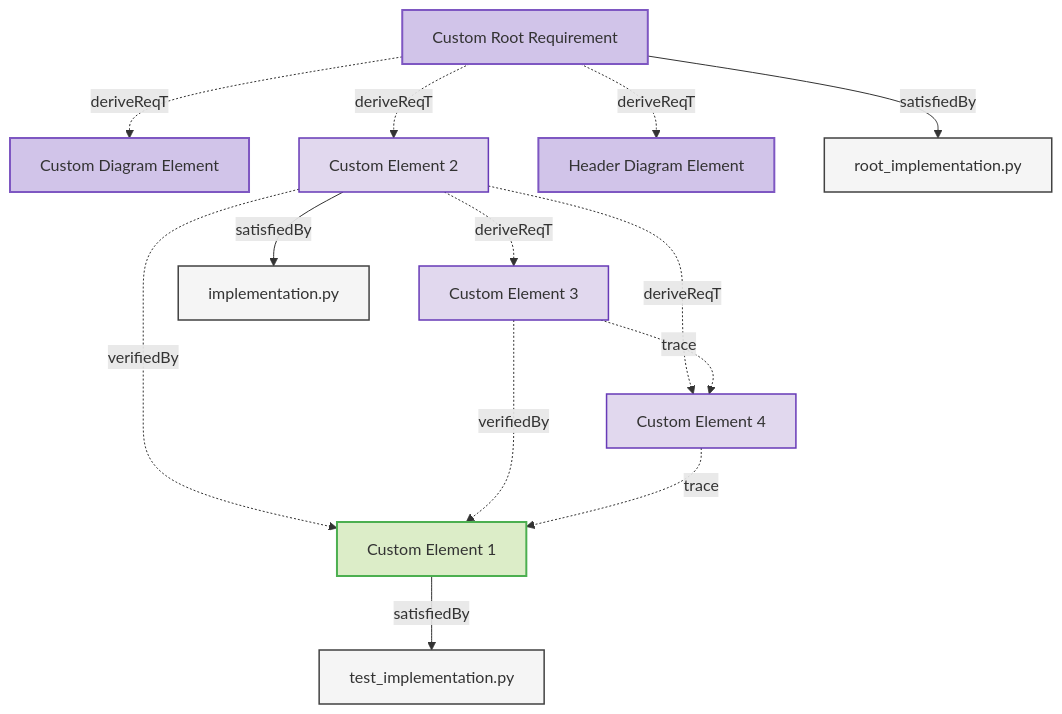
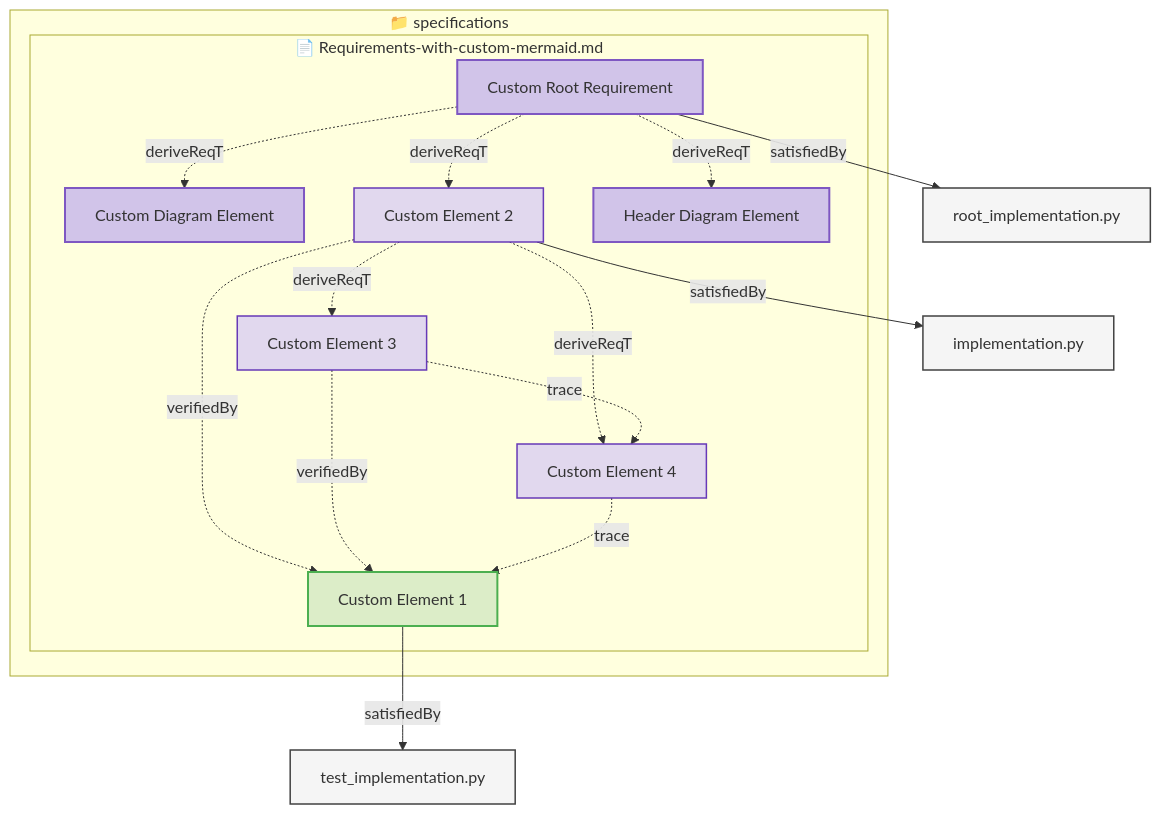
The first of 5 diagrams in tests/test-diagram-generation/expected/Requirements-with-custom-mermaid.md (reqvire-org/reqvire), drawn with Mermaid before and after one commit. The commit also changed 16 other files, not shown here.

First line of the commit message:
Add containment structure to all mermaid diagrams

````diff
--- a/tests/test-diagram-generation/expected/Requirements-with-custom-mermaid.md
+++ b/tests/test-diagram-generation/expected/Requirements-with-custom-mermaid.md
@@ -3,52 +3,58 @@
 ```mermaid
 graph TD;
   %% REQVIRE-AUTOGENERATED-DIAGRAM
   %% Graph styling
   classDef userRequirement fill:#D1C4E9,stroke:#7E57C2,stroke-width:2px;
   classDef systemRequirement fill:#E1D8EE,stroke:#673AB7,stroke-width:1.5px;
   classDef verification fill:#DCEDC8,stroke:#4CAF50,stroke-width:2px;
+  classDef folder fill:#FAFAFA,stroke:#9E9E9E,stroke-width:3px;
+  classDef file fill:#FFF8E1,stroke:#FFCA28,stroke-width:2px;
   classDef default fill:#F5F5F5,stroke:#424242,stroke-width:1.5px;
 
-  7f9c1e7173ffa6cd["Custom Diagram Element"];
-  class 7f9c1e7173ffa6cd userRequirement;
-  click 7f9c1e7173ffa6cd "Requirements-with-custom-mermaid.md#custom-diagram-element";
-  2ddf19e92cba4fd8["Custom Element 1"];
-  class 2ddf19e92cba4fd8 verification;
-  click 2ddf19e92cba4fd8 "Requirements-with-custom-mermaid.md#custom-element-1";
+  subgraph b4c308bac4df6d65["📁 specifications"]
+    subgraph 30cd6365b37d26b6["📄 Requirements-with-custom-mermaid.md"]
+      7f9c1e7173ffa6cd["Custom Diagram Element"];
+      class 7f9c1e7173ffa6cd userRequirement;
+      click 7f9c1e7173ffa6cd "Requirements-with-custom-mermaid.md#custom-diagram-element";
+      2ddf19e92cba4fd8["Custom Element 1"];
+      class 2ddf19e92cba4fd8 verification;
+      click 2ddf19e92cba4fd8 "Requirements-with-custom-mermaid.md#custom-element-1";
+      22555f0ea2206f97["Custom Element 2"];
+      class 22555f0ea2206f97 systemRequirement;
+      click 22555f0ea2206f97 "Requirements-with-custom-mermaid.md#custom-element-2";
+      d0d89d577afe6502["Custom Element 3"];
+      class d0d89d577afe6502 systemRequirement;
+      click d0d89d577afe6502 "Requirements-with-custom-mermaid.md#custom-element-3";
+      c54ee27cf06484c1["Custom Element 4"];
+      class c54ee27cf06484c1 systemRequirement;
+      click c54ee27cf06484c1 "Requirements-with-custom-mermaid.md#custom-element-4";
+      64ee5762bcf600a6["Custom Root Requirement"];
+      class 64ee5762bcf600a6 userRequirement;
+      click 64ee5762bcf600a6 "Requirements-with-custom-mermaid.md#custom-root-requirement";
+      85d7d6531ca31fdb["Header Diagram Element"];
+      class 85d7d6531ca31fdb userRequirement;
+      click 85d7d6531ca31fdb "Requirements-with-custom-mermaid.md#header-diagram-element";
+    end
+  end
   b11981fdaee8984c["test_implementation.py"];
   class b11981fdaee8984c default;
   click b11981fdaee8984c "test_implementation.py";
   2ddf19e92cba4fd8 -->|satisfiedBy| b11981fdaee8984c;
-  22555f0ea2206f97["Custom Element 2"];
-  class 22555f0ea2206f97 systemRequirement;
-  click 22555f0ea2206f97 "Requirements-with-custom-mermaid.md#custom-element-2";
-  d0d89d577afe6502["Custom Element 3"];
-  class d0d89d577afe6502 systemRequirement;
-  click d0d89d577afe6502 "Requirements-with-custom-mermaid.md#custom-element-3";
   22555f0ea2206f97 -.->|deriveReqT| d0d89d577afe6502;
-  c54ee27cf06484c1["Custom Element 4"];
-  class c54ee27cf06484c1 systemRequirement;
-  click c54ee27cf06484c1 "Requirements-with-custom-mermaid.md#custom-element-4";
   22555f0ea2206f97 -.->|deriveReqT| c54ee27cf06484c1;
   39473a8374185e34["implementation.py"];
   class 39473a8374185e34 default;
   click 39473a8374185e34 "implementation.py";
   22555f0ea2206f97 -->|satisfiedBy| 39473a8374185e34;
   22555f0ea2206f97 -.->|verifiedBy| 2ddf19e92cba4fd8;
   d0d89d577afe6502 -.->|trace| c54ee27cf06484c1;
   d0d89d577afe6502 -.->|verifiedBy| 2ddf19e92cba4fd8;
   c54ee27cf06484c1 -.->|trace| 2ddf19e92cba4fd8;
-  64ee5762bcf600a6["Custom Root Requirement"];
-  class 64ee5762bcf600a6 userRequirement;
-  click 64ee5762bcf600a6 "Requirements-with-custom-mermaid.md#custom-root-requirement";
   64ee5762bcf600a6 -.->|deriveReqT| 7f9c1e7173ffa6cd;
   64ee5762bcf600a6 -.->|deriveReqT| 22555f0ea2206f97;
-  85d7d6531ca31fdb["Header Diagram Element"];
-  class 85d7d6531ca31fdb userRequirement;
-  click 85d7d6531ca31fdb "Requirements-with-custom-mermaid.md#header-diagram-element";
   64ee5762bcf600a6 -.->|deriveReqT| 85d7d6531ca31fdb;
   f1fa383dc9e14a12["root_implementation.py"];
   class f1fa383dc9e14a12 default;
   click f1fa383dc9e14a12 "root_implementation.py";
   64ee5762bcf600a6 -->|satisfiedBy| f1fa383dc9e14a12;
 ```
````
